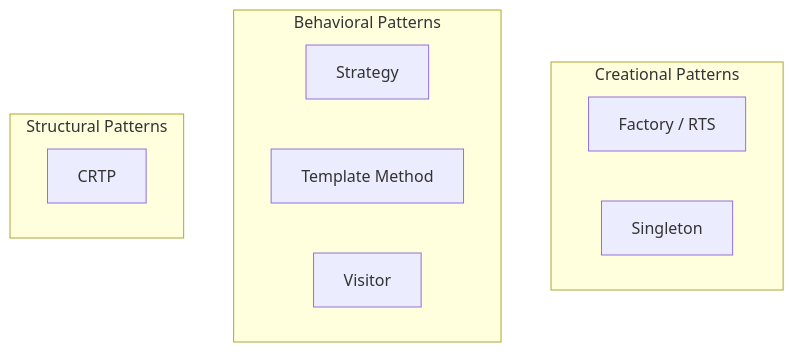
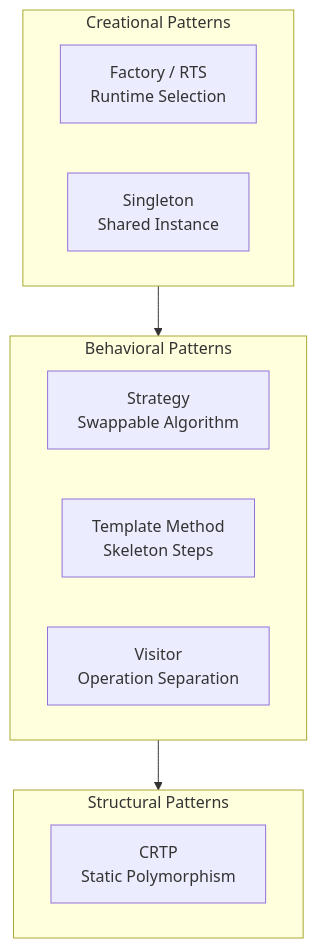
Before and after one commit to wramet/build-my-cfd: the diagram in MODULE_10_CFD_ENGINE_DEVELOPMENT/CONTENT/02_ADVANCED_PATTERNS/00_Overview.md, drawn with Mermaid. The commit also changed other lines of this file and 203 other files, not shown here.

````diff
--- a/MODULE_10_CFD_ENGINE_DEVELOPMENT/CONTENT/02_ADVANCED_PATTERNS/00_Overview.md
+++ b/MODULE_10_CFD_ENGINE_DEVELOPMENT/CONTENT/02_ADVANCED_PATTERNS/00_Overview.md
@@ -36,17 +78,23 @@
 ```mermaid
 flowchart TB
     subgraph Creational [Creational Patterns]
-        F[Factory / RTS]
-        S[Singleton]
+        direction LR
+        F[Factory / RTS<br/>Runtime Selection]
+        S[Singleton<br/>Shared Instance]
     end
     
     subgraph Behavioral [Behavioral Patterns]
-        ST[Strategy]
-        TM[Template Method]
-        V[Visitor]
+        direction LR
+        ST[Strategy<br/>Swappable Algorithm]
+        TM[Template Method<br/>Skeleton Steps]
+        V[Visitor<br/>Operation Separation]
     end
     
     subgraph Structural [Structural Patterns]
-        C[CRTP]
+        direction LR
+        C[CRTP<br/>Static Polymorphism]
     end
+    
+    Creational --> Behavioral
+    Behavioral --> Structural
 ```
````
